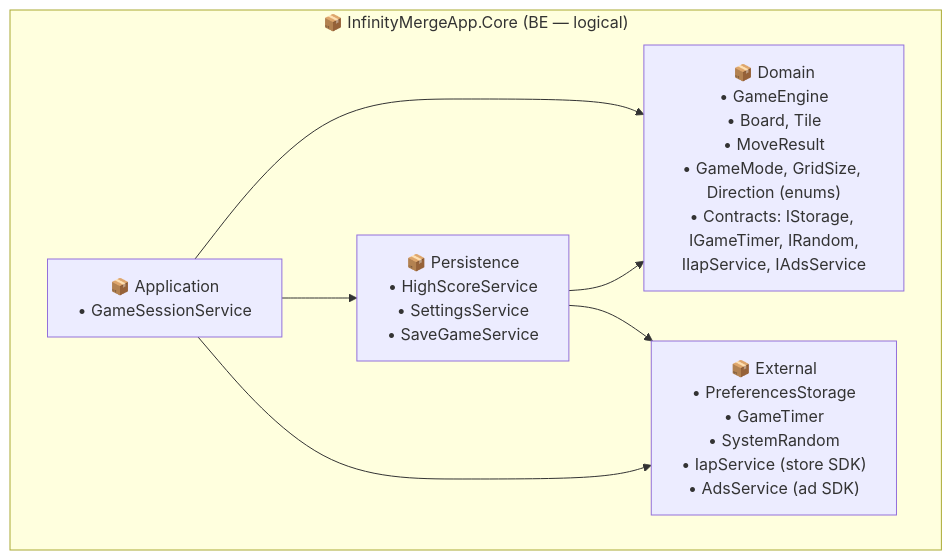
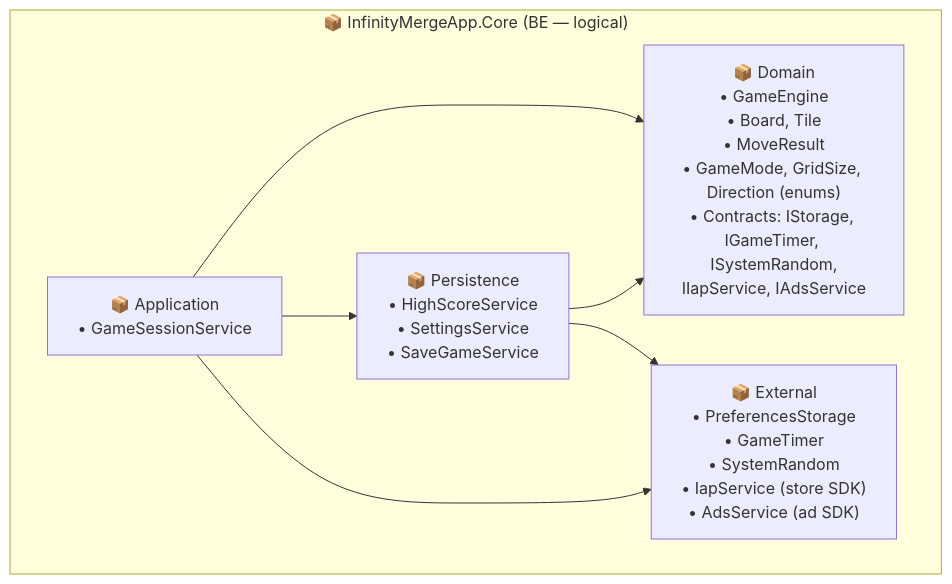
One commit to LeThaiAn15112004/2048-Infinity-Merge changed the fourth of 9 diagrams in Docs/software_design.md. Above: the diagram before and after it, drawn with Mermaid. The commit also changed other lines of this file and 6 other files, not shown here.

First line of the commit message:
Domain: game timer, random naming, board spawn and docs sync.

````diff
--- a/Docs/software_design.md
+++ b/Docs/software_design.md
@@ -160,15 +160,15 @@
 ```mermaid
 flowchart TB
     subgraph BE["📦 InfinityMergeApp.Core (BE — logical)"]
         AppPkg["📦 Application<br/>• GameSessionService"]
-        DomainPkg["📦 Domain<br/>• GameEngine<br/>• Board, Tile<br/>• MoveResult<br/>• GameMode, GridSize, Direction (enums)<br/>• Contracts: IStorage, IGameTimer, IRandom,<br/>IIapService, IAdsService"]
+        DomainPkg["📦 Domain<br/>• GameEngine<br/>• Board, Tile<br/>• MoveResult<br/>• GameMode, GridSize, Direction (enums)<br/>• Contracts: IStorage, IGameTimer, ISystemRandom,<br/>IIapService, IAdsService"]
         PersistPkg["📦 Persistence<br/>• HighScoreService<br/>• SettingsService<br/>• SaveGameService"]
         InfraPkg["📦 External<br/>• PreferencesStorage<br/>• GameTimer<br/>• SystemRandom<br/>• IapService (store SDK)<br/>• AdsService (ad SDK)"]
     end
 
     AppPkg --> DomainPkg
     AppPkg --> PersistPkg
     AppPkg --> InfraPkg
     PersistPkg --> DomainPkg
     PersistPkg --> InfraPkg
 ```
````
